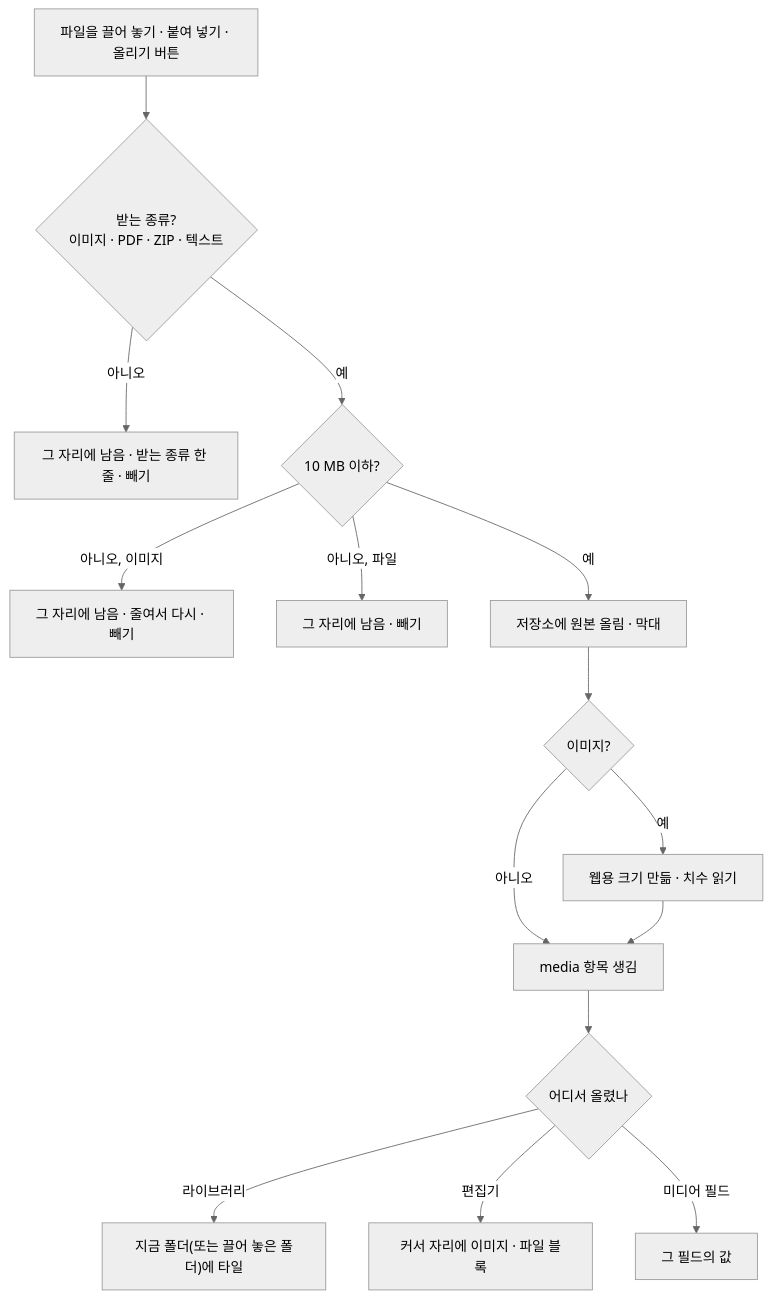
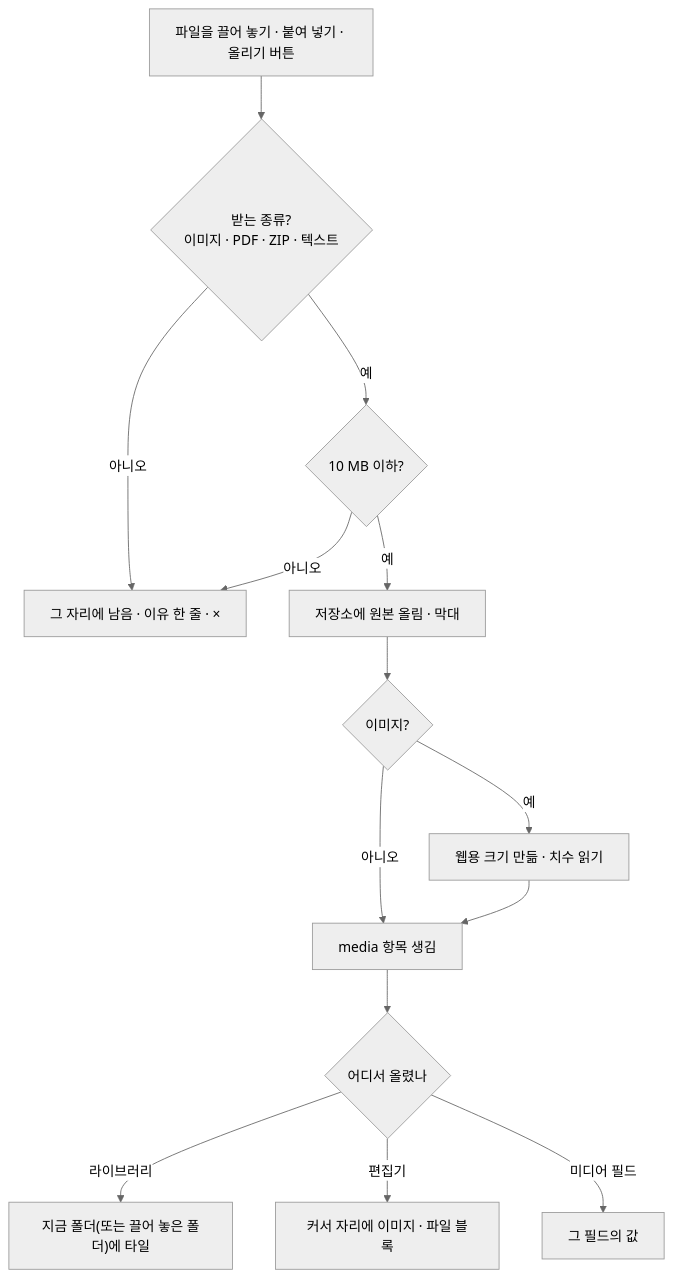
The second of 3 diagrams in docs/design/features/09-media.md (monti-cms/monti), drawn with Mermaid (neutral theme) before and after one commit. The commit also changed other lines of this file and 34 other files, not shown here.

````diff
--- a/docs/design/features/09-media.md
+++ b/docs/design/features/09-media.md
@@ -77,17 +77,16 @@
 ```mermaid
 flowchart TD
   F["파일을 끌어 놓기 · 붙여 넣기 · 올리기 버튼"] --> T{"받는 종류?<br/>이미지 · PDF · ZIP · 텍스트"}
-  T -->|아니오| R1["그 자리에 남음 · 받는 종류 한 줄 · 빼기"]
+  T -->|아니오| R1["그 자리에 남음 · 이유 한 줄 · ×"]
   T -->|예| S{"10 MB 이하?"}
-  S -->|아니오, 이미지| R2["그 자리에 남음 · 줄여서 다시 · 빼기"]
-  S -->|아니오, 파일| R3["그 자리에 남음 · 빼기"]
+  S -->|아니오| R1
   S -->|예| U["저장소에 원본 올림 · 막대"]
   U --> W{"이미지?"}
   W -->|예| WEB["웹용 크기 만듦 · 치수 읽기"]
   W -->|아니오| M
   WEB --> M["media 항목 생김"]
   M --> WHERE{"어디서 올렸나"}
   WHERE -->|라이브러리| L["지금 폴더(또는 끌어 놓은 폴더)에 타일"]
   WHERE -->|편집기| E["커서 자리에 이미지 · 파일 블록"]
   WHERE -->|미디어 필드| P["그 필드의 값"]
 ```
````
